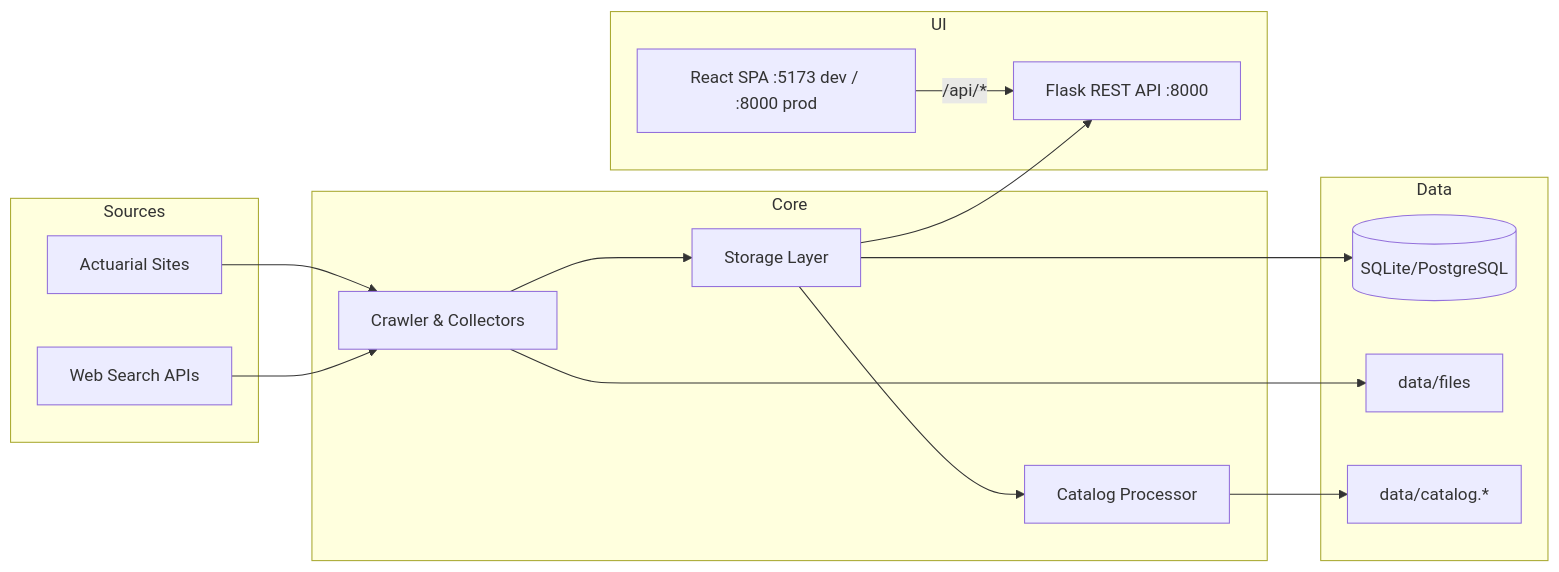
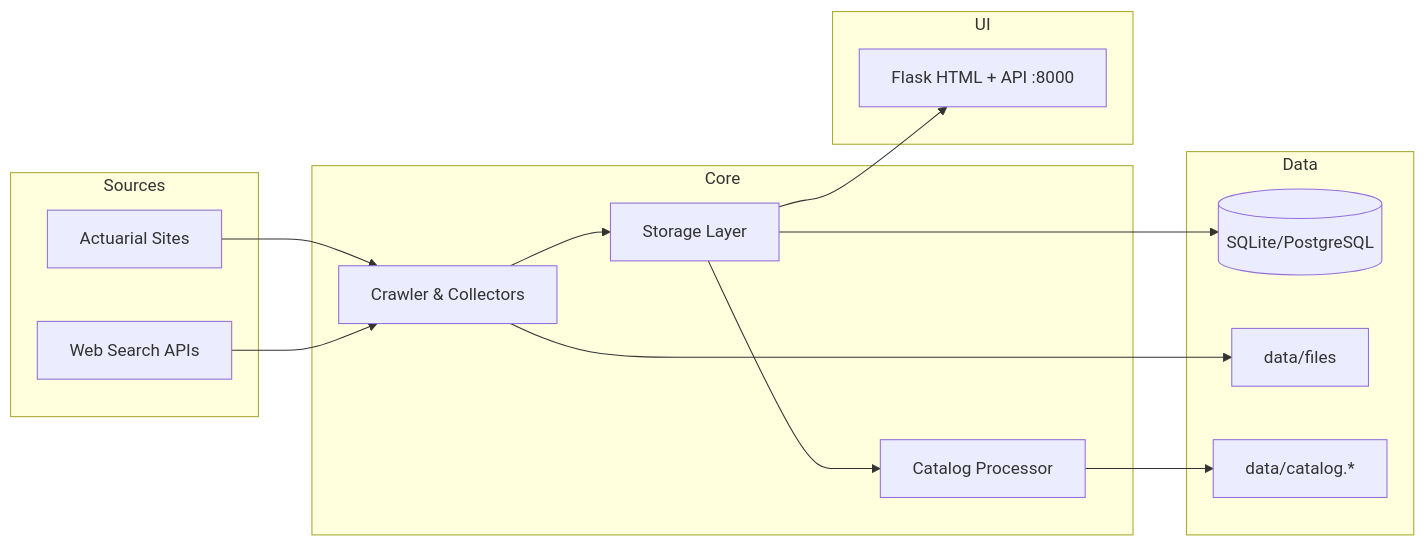
Before and after one commit to ferryhe/AI_actuarial_inforsearch: the diagram in README.md, drawn with Mermaid. The commit also changed other lines of this file and 35 other files, not shown here.

Commit message:
refactor: archive flask-only branch without react frontend

````diff
--- a/README.md
+++ b/README.md
@@ -218,31 +187,29 @@
 ```mermaid
 flowchart LR
     subgraph Sources
         A[Actuarial Sites]
         B[Web Search APIs]
     end
     subgraph Core
         C[Crawler & Collectors]
         D[Storage Layer]
         E[Catalog Processor]
     end
     subgraph Data
         F[(SQLite/PostgreSQL)]
         G[data/files]
         H[data/catalog.*]
     end
     subgraph UI
-        I[Flask REST API :8000]
-        J[React SPA :5173 dev / :8000 prod]
+        I[Flask HTML + API :8000]
     end
 
     A --> C
     B --> C
     C --> D
     C --> G
     D --> F
     E --> H
     D --> E
     D --> I
-    J -->|/api/*| I
 ```
````
